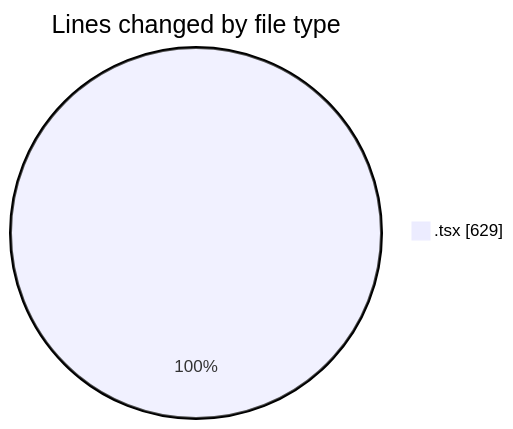
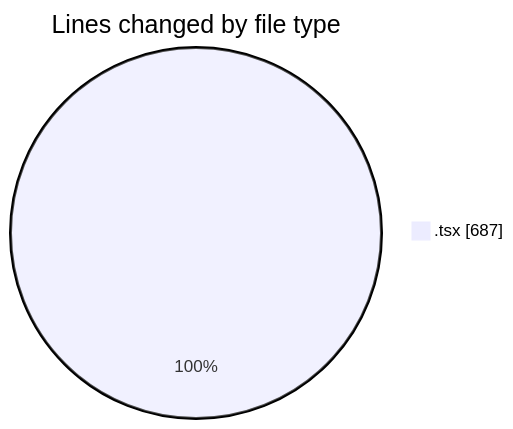
The first of 2 diagrams in 2025-02-12/cda/README.md (momahboobian/code-tracking), drawn with Mermaid before and after one commit. The commit also changed other lines of this file and 1 other file, not shown here.

````diff
--- a/2025-02-12/cda/README.md
+++ b/2025-02-12/cda/README.md
@@ -21,5 +21,5 @@
 ```mermaid
 pie showData
 title Lines changed by file type
-".tsx" : 629
+".tsx" : 687
 ```
````
